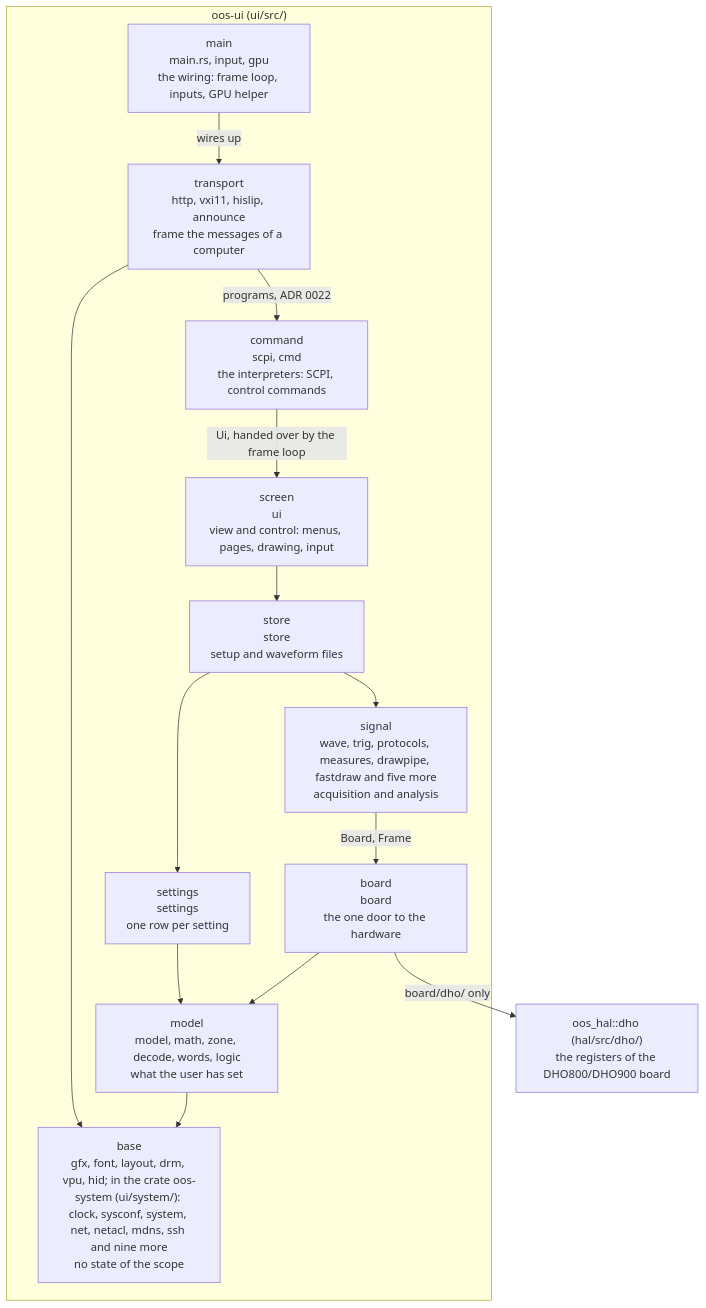
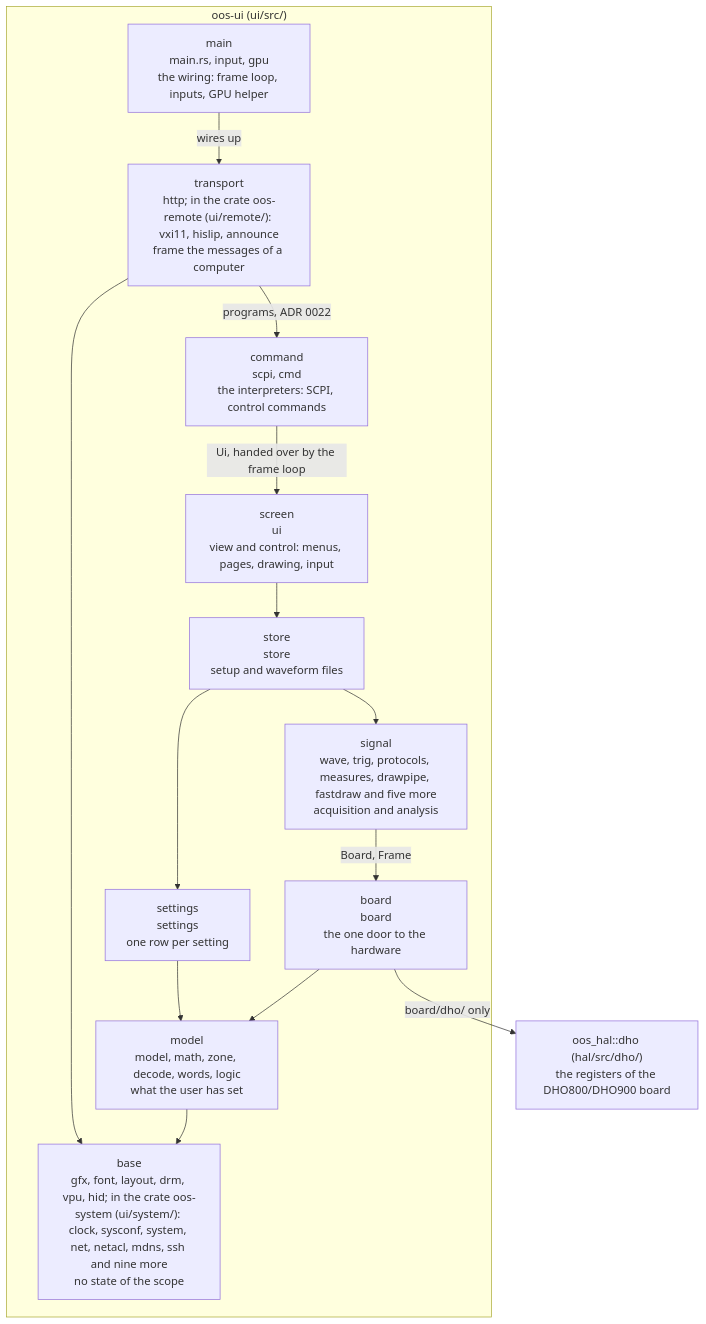
The fourth of 4 diagrams in docs/architecture.md (deckerjulian/oos), drawn with Mermaid before and after one commit. The commit also changed other lines of this file and 15 other files, not shown here.

First line of the commit message:
UI: VXI-11, HiSLIP and their announcement are the crate oos-remote (ADR 0064, step two) (#273)

````diff
--- a/docs/architecture.md
+++ b/docs/architecture.md
@@ -215,28 +222,28 @@
 ```mermaid
 flowchart TB
     subgraph uiL["oos-ui (ui/src/)"]
         main["main<br/>main.rs, input, gpu<br/>the wiring: frame loop, inputs, GPU helper"]
-        transport["transport<br/>http, vxi11, hislip, announce<br/>frame the messages of a computer"]
+        transport["transport<br/>http; in the crate oos-remote (ui/remote/): vxi11, hislip, announce<br/>frame the messages of a computer"]
         command["command<br/>scpi, cmd<br/>the interpreters: SCPI, control commands"]
         screen["screen<br/>ui<br/>view and control: menus, pages, drawing, input"]
         store["store<br/>store<br/>setup and waveform files"]
         signal["signal<br/>wave, trig, protocols, measures, drawpipe, fastdraw and five more<br/>acquisition and analysis"]
         settings["settings<br/>settings<br/>one row per setting"]
         board["board<br/>board<br/>the one door to the hardware"]
         model["model<br/>model, math, zone, decode, words, logic<br/>what the user has set"]
         base["base<br/>gfx, font, layout, drm, vpu, hid; in the crate oos-system (ui/system/): clock, sysconf, system, net, netacl, mdns, ssh and nine more<br/>no state of the scope"]
     end
     hal["oos_hal::dho (hal/src/dho/)<br/>the registers of the DHO800/DHO900 board"]
     main -- "wires up" --> transport
     transport -- "programs, ADR 0022" --> command
     transport --> base
     command -- "Ui, handed over by the frame loop" --> screen
     screen --> store
     store --> signal
     store --> settings
     signal -- "Board, Frame" --> board
     settings --> model
     board --> model
     model --> base
     board -- "board/dho/ only" --> hal
 ```
````
